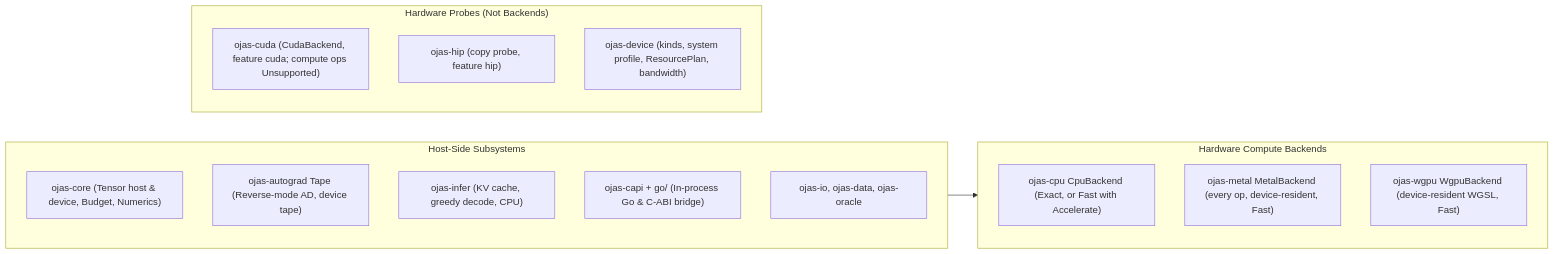
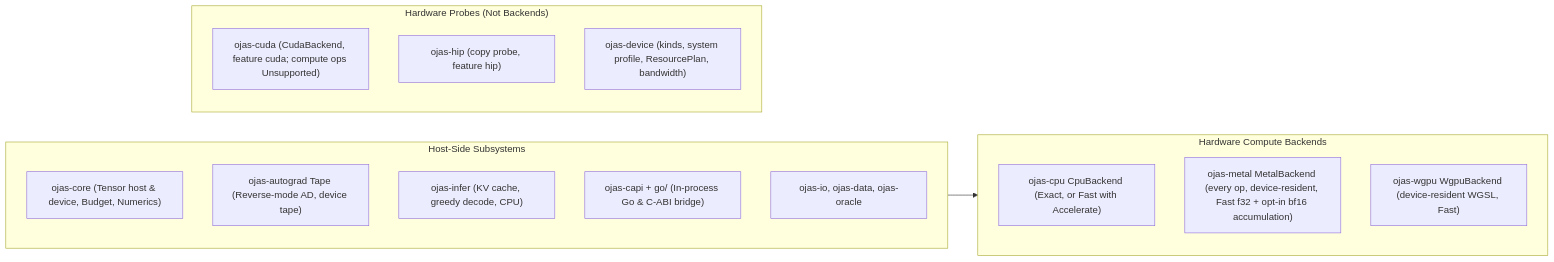
The first of 2 diagrams in docs/status.md (bharathvbcr/ojas), drawn with Mermaid before and after one commit. The commit also changed other lines of this file and 26 other files, not shown here.

First line of the commit message:
docs: describe Metal bf16 accumulation, wgpu vec4 accumulators and the io handover; regenerate the site

````diff
--- a/docs/status.md
+++ b/docs/status.md
@@ -130,27 +131,27 @@
 ```mermaid
 flowchart LR
     subgraph Backends["Hardware Compute Backends"]
         direction TB
         b1["ojas-cpu CpuBackend (Exact, or Fast with Accelerate)"]
-        b2["ojas-metal MetalBackend (every op, device-resident, Fast)"]
+        b2["ojas-metal MetalBackend (every op, device-resident, Fast f32 + opt-in bf16 accumulation)"]
         b3["ojas-wgpu WgpuBackend (device-resident WGSL, Fast)"]
     end
 
     subgraph Host["Host-Side Subsystems"]
         direction TB
         h1["ojas-core (Tensor host & device, Budget, Numerics)"]
         h2["ojas-autograd Tape (Reverse-mode AD, device tape)"]
         h3["ojas-infer (KV cache, greedy decode, CPU)"]
         h4["ojas-capi + go/ (In-process Go & C-ABI bridge)"]
         h5["ojas-io, ojas-data, ojas-oracle"]
     end
 
     subgraph Probes["Hardware Probes (Not Backends)"]
         direction TB
         p1["ojas-cuda (CudaBackend, feature cuda; compute ops Unsupported)"]
         p2["ojas-hip (copy probe, feature hip)"]
         p3["ojas-device (kinds, system profile, ResourcePlan, bandwidth)"]
     end
 
     Host --> Backends
 ```
````
